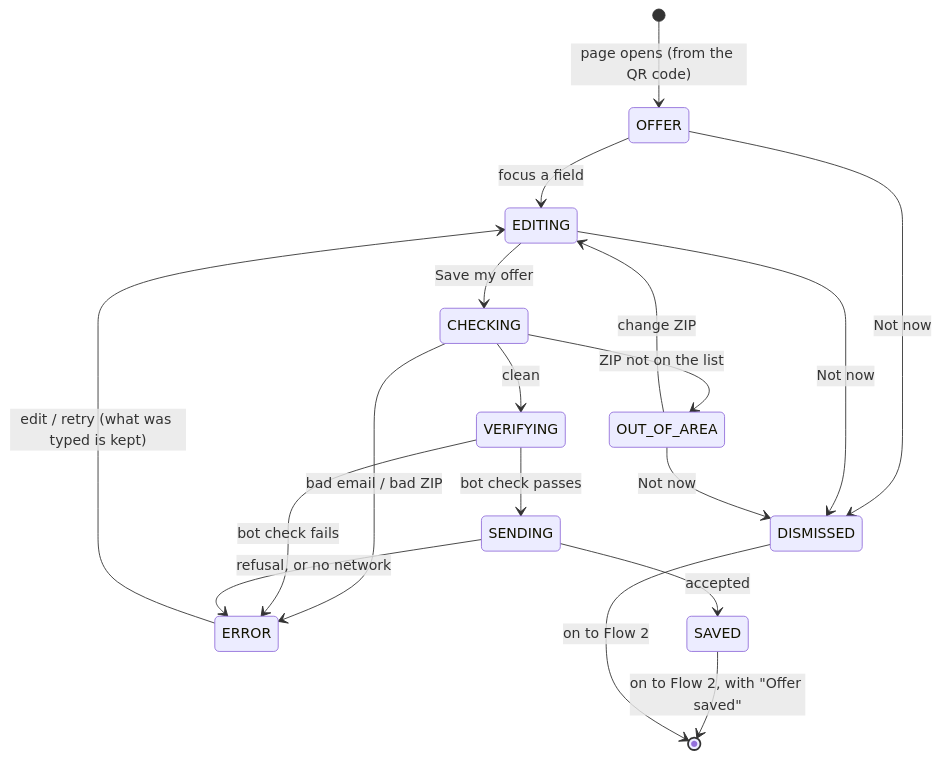
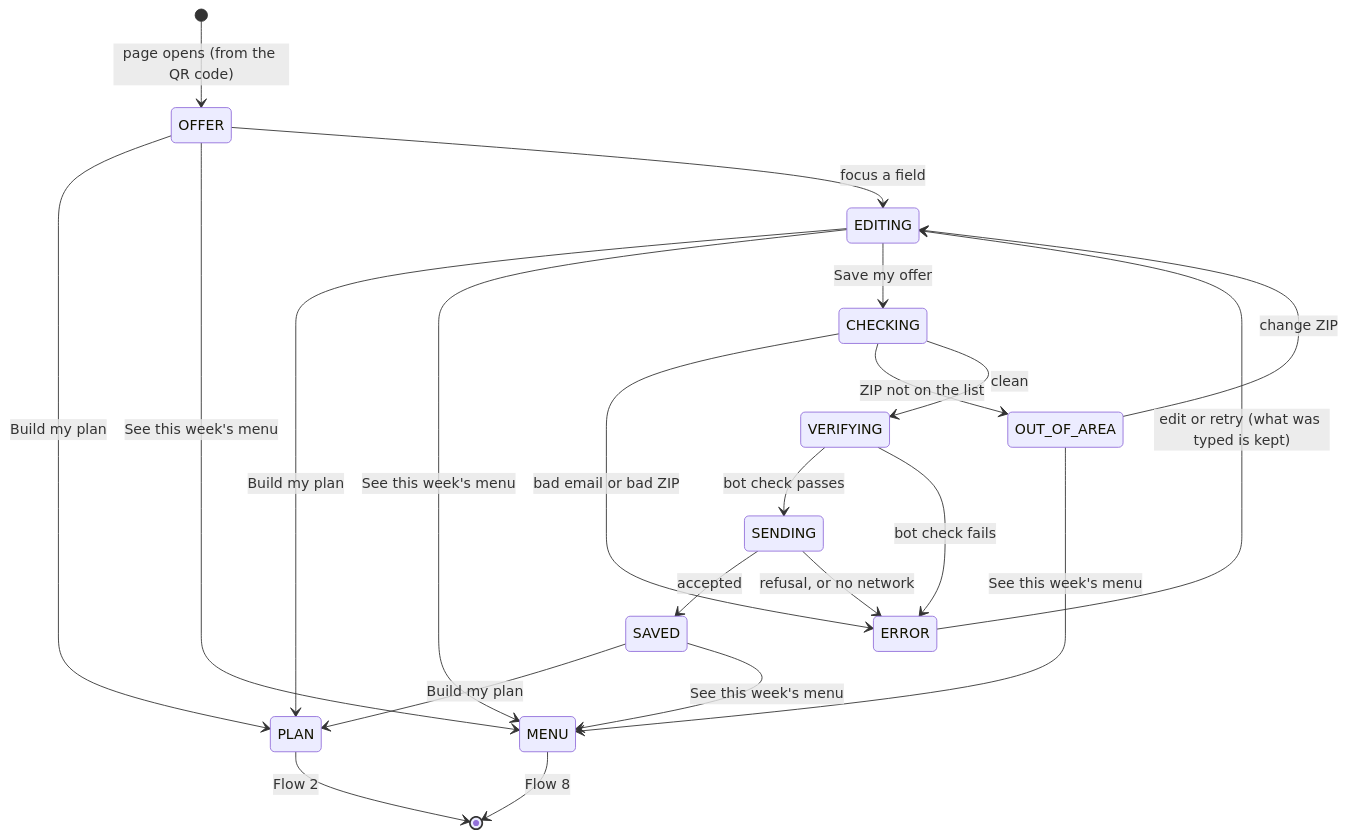
The diagram in boston-2026-10/flows/01-save-offer.md (fitaf-hq/fitaf-microsites), drawn with Mermaid before and after one commit. The commit also changed other lines of this file and 7 other files, not shown here.

First line of the commit message:
Flows, second review: next-day email (suppressed by redeemed code), meal size instead of goal with a browser-only share calculator, permissive /o/<code> redemption, the two skip links, Flow 8 (this week's menu), Resend

````diff
--- a/boston-2026-10/flows/01-save-offer.md
+++ b/boston-2026-10/flows/01-save-offer.md
@@ -38,20 +44,24 @@
 ```mermaid
 stateDiagram-v2
   [*] --> OFFER : page opens (from the QR code)
-  OFFER --> DISMISSED : Not now
+  OFFER --> PLAN : Build my plan
+  OFFER --> MENU : See this week's menu
   OFFER --> EDITING : focus a field
-  EDITING --> DISMISSED : Not now
+  EDITING --> PLAN : Build my plan
+  EDITING --> MENU : See this week's menu
   EDITING --> CHECKING : Save my offer
-  CHECKING --> ERROR : bad email / bad ZIP
+  CHECKING --> ERROR : bad email or bad ZIP
   CHECKING --> OUT_OF_AREA : ZIP not on the list
   CHECKING --> VERIFYING : clean
   OUT_OF_AREA --> EDITING : change ZIP
-  OUT_OF_AREA --> DISMISSED : Not now
+  OUT_OF_AREA --> MENU : See this week's menu
   VERIFYING --> SENDING : bot check passes
   VERIFYING --> ERROR : bot check fails
   SENDING --> SAVED : accepted
   SENDING --> ERROR : refusal, or no network
-  ERROR --> EDITING : edit / retry (what was typed is kept)
-  SAVED --> [*] : on to Flow 2, with "Offer saved"
-  DISMISSED --> [*] : on to Flow 2
+  ERROR --> EDITING : edit or retry (what was typed is kept)
+  SAVED --> PLAN : Build my plan
+  SAVED --> MENU : See this week's menu
+  PLAN --> [*] : Flow 2
+  MENU --> [*] : Flow 8
 ```
````
